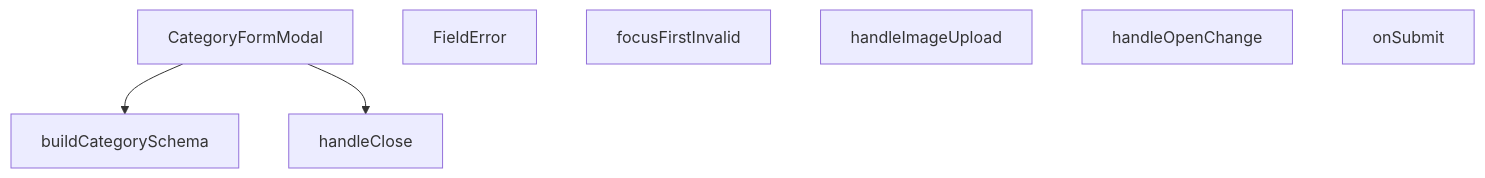
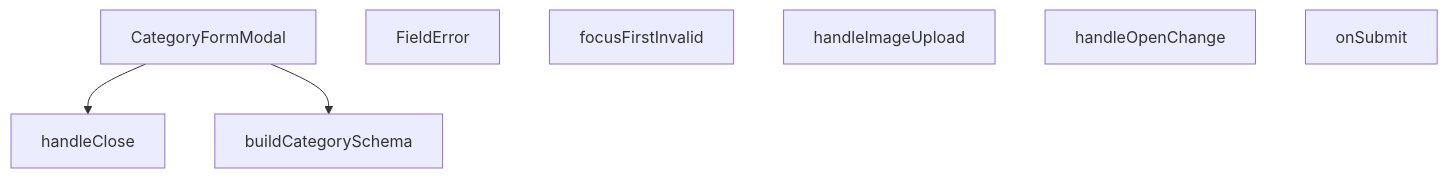
One commit to peckop/venthub-hvac-esite changed the diagram in src/components/admin/categories/CategoryFormModal.md. Above: the diagram before and after it, drawn with Mermaid. The commit also changed other lines of this file and 189 other files, not shown here.

````diff
--- a/src/components/admin/categories/CategoryFormModal.md
+++ b/src/components/admin/categories/CategoryFormModal.md
@@ -285,13 +231,13 @@
 ```mermaid
 graph TD
     CategoryFormModal_tsx__CategoryFormModal["CategoryFormModal"]
     CategoryFormModal_tsx__FieldError["FieldError"]
     CategoryFormModal_tsx__buildCategorySchema["buildCategorySchema"]
     CategoryFormModal_tsx__focusFirstInvalid["focusFirstInvalid"]
     CategoryFormModal_tsx__handleClose["handleClose"]
     CategoryFormModal_tsx__handleImageUpload["handleImageUpload"]
     CategoryFormModal_tsx__handleOpenChange["handleOpenChange"]
     CategoryFormModal_tsx__onSubmit["onSubmit"]
+    CategoryFormModal_tsx__CategoryFormModal --> CategoryFormModal_tsx__handleClose
     CategoryFormModal_tsx__CategoryFormModal --> CategoryFormModal_tsx__buildCategorySchema
-    CategoryFormModal_tsx__CategoryFormModal --> CategoryFormModal_tsx__handleClose
 ```
````
